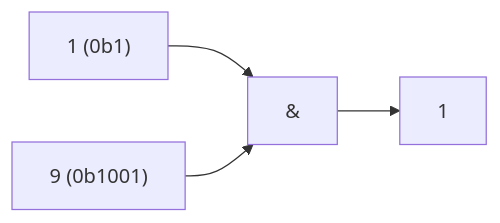
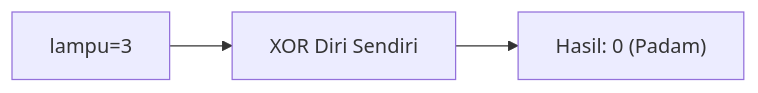
Before and after one commit to amnahwaida/OSNK_INF_PREP: the first of 25 diagrams in part-c-pemahaman-cpp/06-bitwise/latihan/set-05.md, drawn with Mermaid. The commit also changed other lines of this file and 71 other files, not shown here.

````diff
--- a/part-c-pemahaman-cpp/06-bitwise/latihan/set-05.md
+++ b/part-c-pemahaman-cpp/06-bitwise/latihan/set-05.md
@@ -20,6 +21,5 @@
 ```mermaid
 graph LR
-A["1 (0b1)"] --> C["&"]
-B["9 (0b1001)"] --> C
-C --> D["1"]
+A["lampu=3"] --> B["XOR Diri Sendiri"]
+B --> C["Hasil: 0 (Padam)"]
 ```
````
